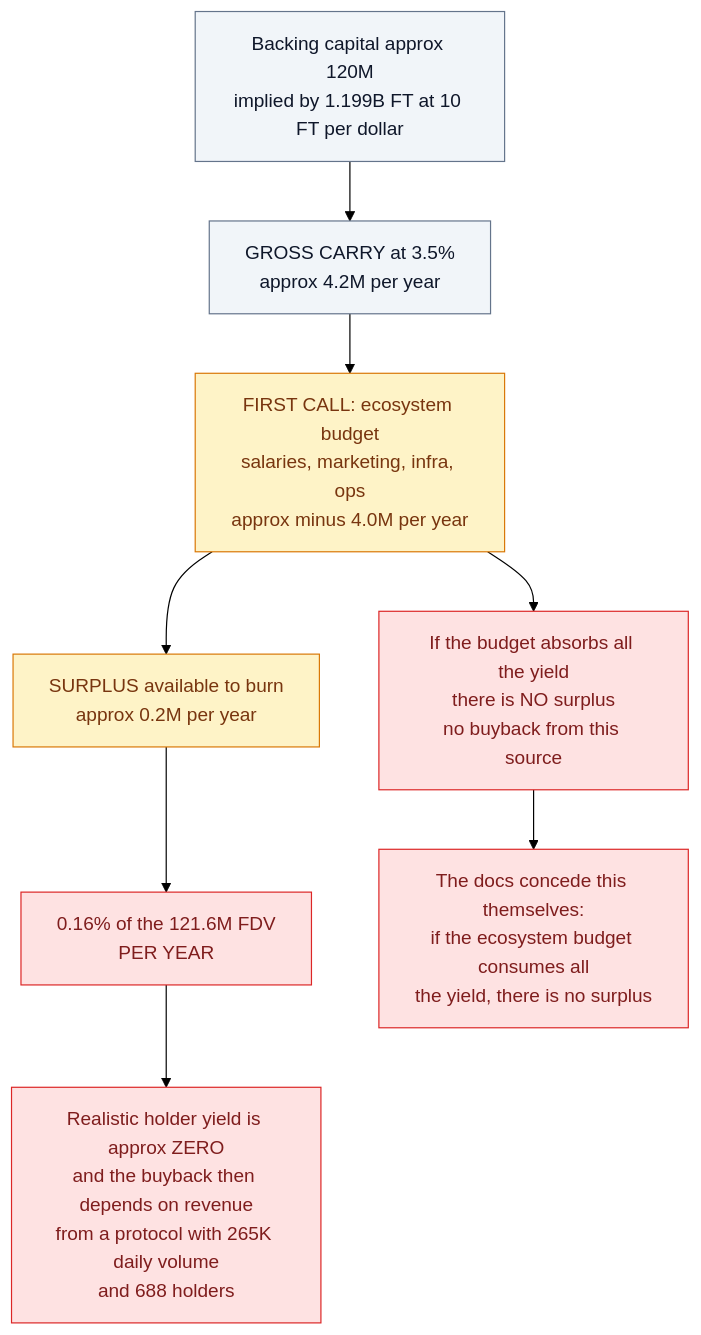
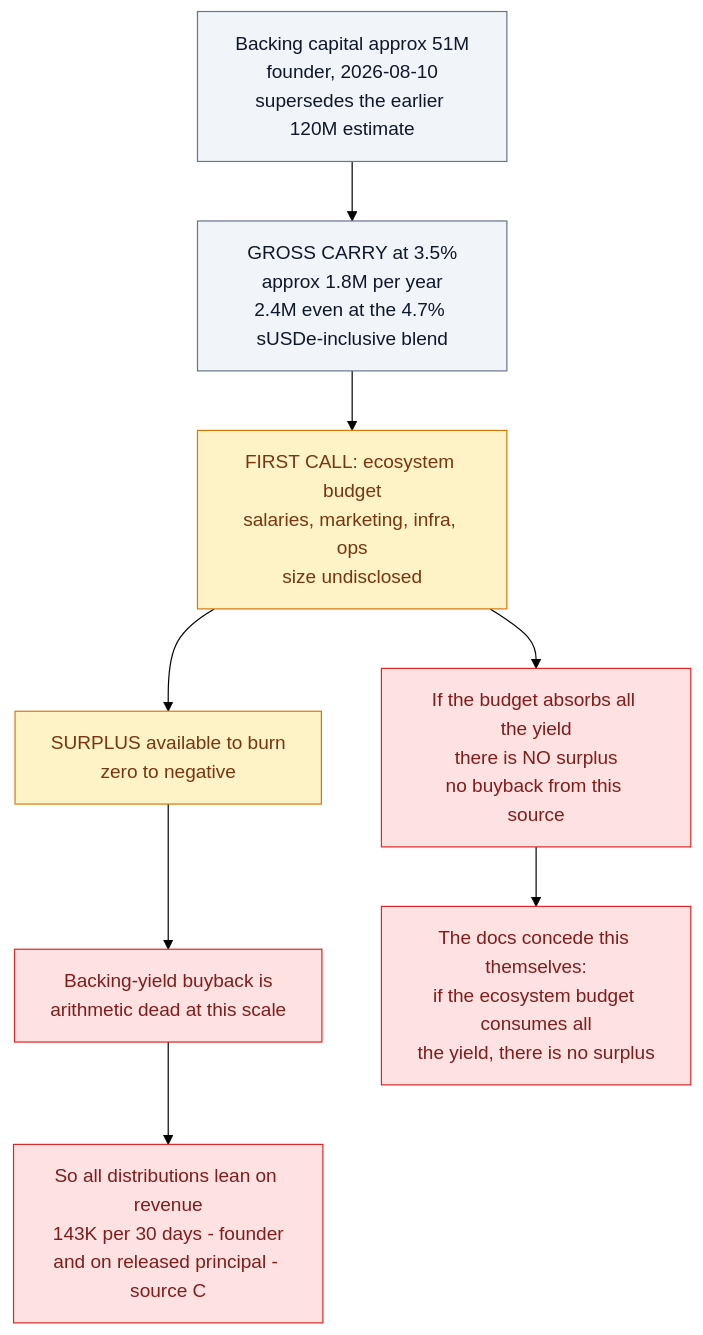
The fifth of 10 diagrams in findings/03-economics-high-yield.md (m0n3r0/flying-tulip-audit), drawn with Mermaid (forest theme) before and after one commit. The commit also changed other lines of this file and 5 other files, not shown here.

````diff
--- a/findings/03-economics-high-yield.md
+++ b/findings/03-economics-high-yield.md
@@ -273,25 +287,25 @@
 ```mermaid
 flowchart TB
-    BC["Backing capital approx 120M<br/>implied by 1.199B FT at 10 FT per dollar"]
+    BC["Backing capital approx 51M<br/>founder, 2026-08-10<br/>supersedes the earlier 120M estimate"]
 
-    BC --> GROSS["GROSS CARRY at 3.5%<br/>approx 4.2M per year"]
+    BC --> GROSS["GROSS CARRY at 3.5%<br/>approx 1.8M per year<br/>2.4M even at the 4.7% sUSDe-inclusive blend"]
 
-    GROSS --> W1["FIRST CALL: ecosystem budget<br/>salaries, marketing, infra, ops<br/>approx minus 4.0M per year"]
+    GROSS --> W1["FIRST CALL: ecosystem budget<br/>salaries, marketing, infra, ops<br/>size undisclosed"]
 
-    W1 --> SURPLUS["SURPLUS available to burn<br/>approx 0.2M per year"]
+    W1 --> SURPLUS["SURPLUS available to burn<br/>zero to negative"]
 
-    SURPLUS --> PCT["0.16% of the 121.6M FDV<br/>PER YEAR"]
+    SURPLUS --> PCT["Backing-yield buyback is<br/>arithmetic dead at this scale"]
 
     W1 --> ZERO["If the budget absorbs all the yield<br/>there is NO surplus<br/>no buyback from this source"]
 
     ZERO --> QUOTE["The docs concede this themselves:<br/>if the ecosystem budget consumes all<br/>the yield, there is no surplus"]
 
-    PCT --> ALT["Realistic holder yield is approx ZERO<br/>and the buyback then depends on revenue<br/>from a protocol with 265K daily volume<br/>and 688 holders"]
+    PCT --> ALT["So all distributions lean on revenue<br/>143K per 30 days - founder<br/>and on released principal - source C"]
 
     classDef warn fill:#fef3c7,stroke:#d97706,color:#78350f
     classDef bad fill:#fee2e2,stroke:#dc2626,color:#7f1d1d
     classDef neutral fill:#f1f5f9,stroke:#64748b,color:#0f172a
     class BC,GROSS neutral
     class W1,SURPLUS warn
     class PCT,ZERO,QUOTE,ALT bad
 ```
````
